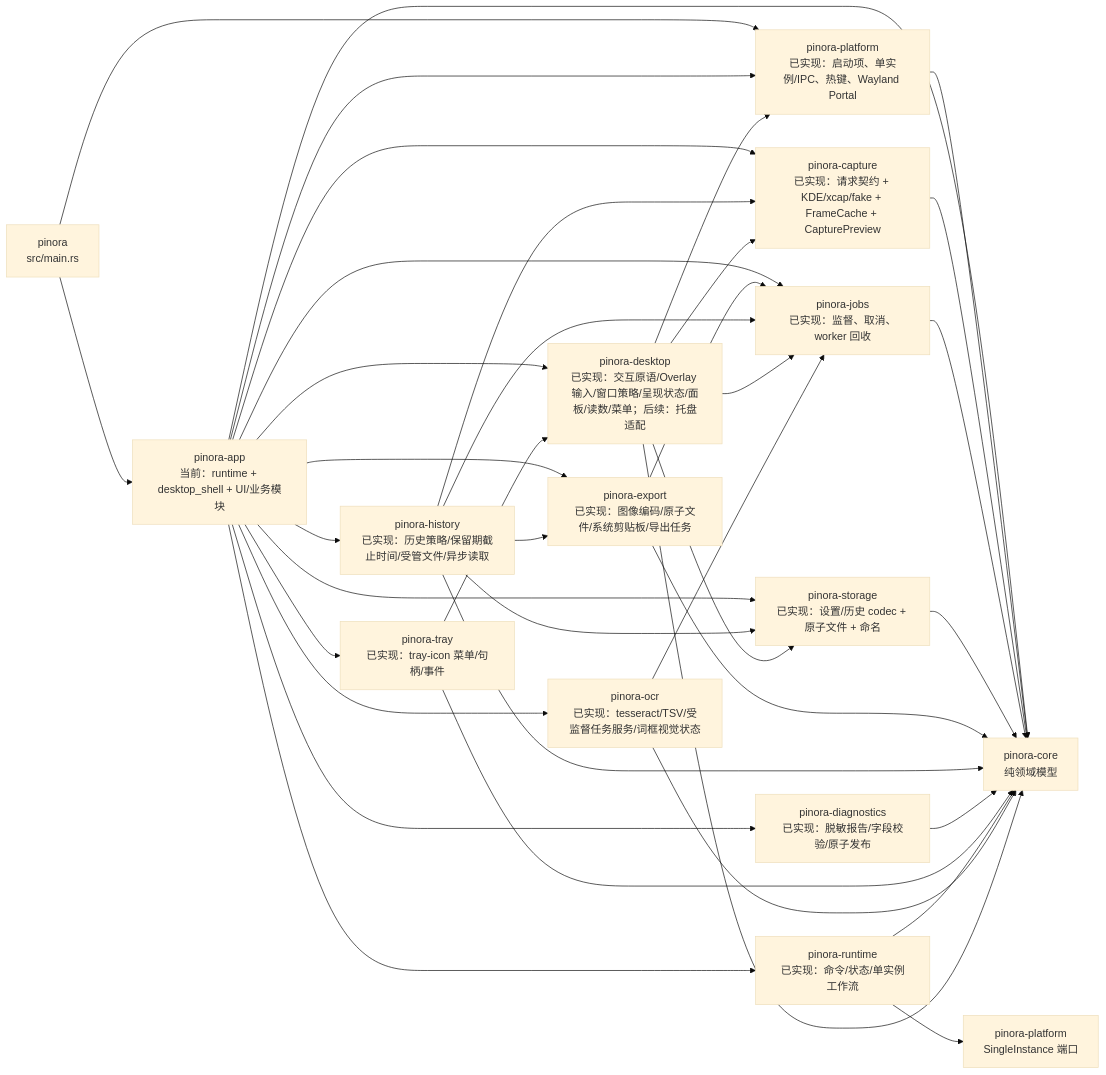
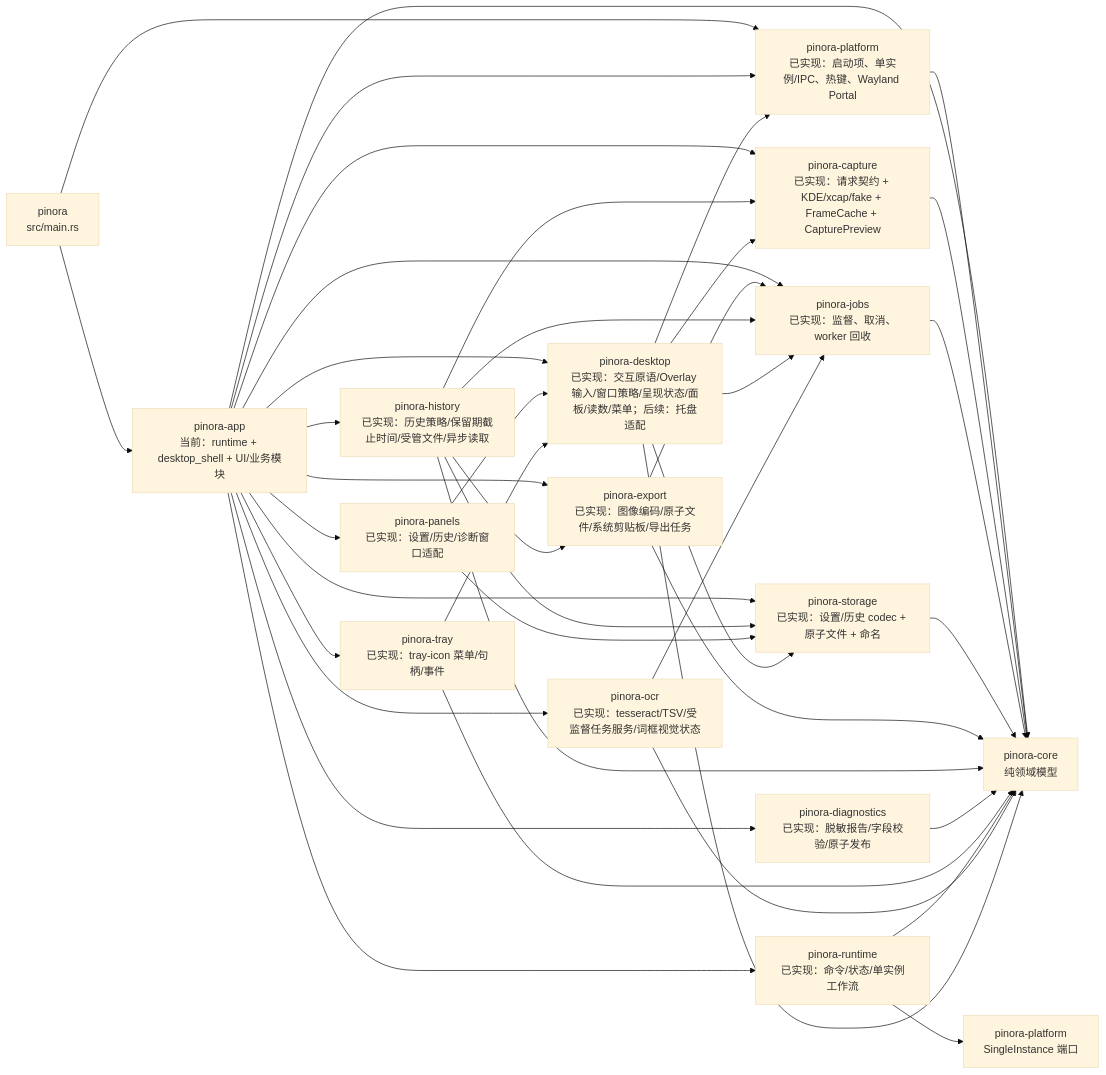
The third of 24 diagrams in docs/Pinora-开发设计文档.md (yhyzgn/pinora), drawn with Mermaid (base theme) before and after one commit. The commit also changed other lines of this file and 16 other files, not shown here.

````diff
--- a/docs/Pinora-开发设计文档.md
+++ b/docs/Pinora-开发设计文档.md
@@ -236,41 +236,44 @@
 ```mermaid
 flowchart LR
     Main["pinora\nsrc/main.rs"] --> App["pinora-app\n当前：runtime + desktop_shell + UI/业务模块"]
     Main --> Platform["pinora-platform\n已实现：启动项、单实例/IPC、热键、Wayland Portal"]
     App --> Platform
     App --> Core["pinora-core\n纯领域模型"]
     Platform --> Core
 
     App --> CaptureNow["pinora-capture\n已实现：请求契约 + KDE/xcap/fake + FrameCache + CapturePreview"]
     CaptureNow --> Core
     App --> JobsNow["pinora-jobs\n已实现：监督、取消、worker 回收"]
     JobsNow --> Core
     App --> StorageNow["pinora-storage\n已实现：设置/历史 codec + 原子文件 + 命名"]
     StorageNow --> Core
     App --> Desktop["pinora-desktop\n已实现：交互原语/Overlay 输入/窗口策略/呈现状态/面板/读数/菜单；后续：托盘适配"]
     App --> ExportNow["pinora-export\n已实现：图像编码/原子文件/系统剪贴板/导出任务"]
     ExportNow --> Core
     ExportNow --> JobsNow
     App --> HistoryNow["pinora-history\n已实现：历史策略/保留期截止时间/受管文件/异步读取"]
     HistoryNow --> Core
     HistoryNow --> StorageNow
     HistoryNow --> CaptureNow
     HistoryNow --> JobsNow
     HistoryNow --> ExportNow
     App --> DiagnosticsNow["pinora-diagnostics\n已实现：脱敏报告/字段校验/原子发布"]
     DiagnosticsNow --> Core
+    App --> PanelsNow["pinora-panels\n已实现：设置/历史/诊断窗口适配"]
+    PanelsNow --> Desktop
+    PanelsNow --> StorageNow
     App --> TrayNow["pinora-tray\n已实现：tray-icon 菜单/句柄/事件"]
     TrayNow --> Core
     TrayNow --> Desktop
     App --> RuntimeNow["pinora-runtime\n已实现：命令/状态/单实例工作流"]
     RuntimeNow --> Core
     RuntimeNow --> PlatformNow["pinora-platform\nSingleInstance 端口"]
     App --> Ocr["pinora-ocr\n已实现：tesseract/TSV/受监督任务服务/词框视觉状态"]
     Ocr --> Core
     Desktop --> Core
     Desktop --> Platform
     Desktop --> CaptureNow
     Desktop --> JobsNow
     Desktop --> StorageNow
     Ocr --> JobsNow
 ```
````
